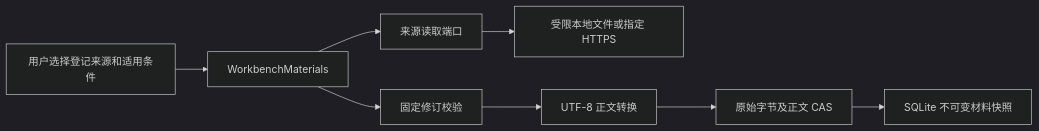
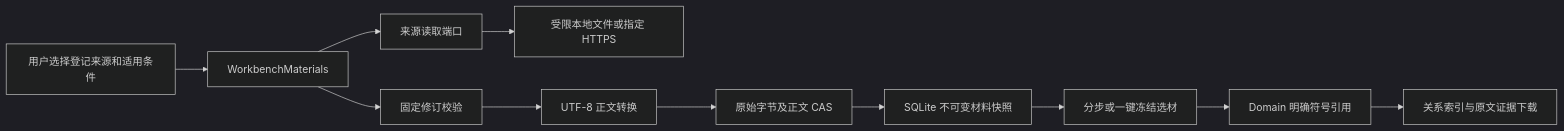
One commit to linlisWorkTeam/domain-knowledge changed the ninth of 9 diagrams in docs/diagrams/Views4Plus1.md. Above: the diagram before and after it, drawn with Mermaid (dark theme). The commit also changed other lines of this file and 26 other files, not shown here.

````diff
--- a/docs/diagrams/Views4Plus1.md
+++ b/docs/diagrams/Views4Plus1.md
@@ -230,10 +230,13 @@
 ```mermaid
 flowchart LR
   UserSource[用户选择登记来源和适用条件] --> MaterialApp[WorkbenchMaterials]
   MaterialApp --> SourceReader[来源读取端口]
   SourceReader --> FixedInput[受限本地文件或指定 HTTPS]
   MaterialApp --> RevisionCheck[固定修订校验]
   RevisionCheck --> TextAdapter[UTF-8 正文转换]
   TextAdapter --> MaterialCAS[原始字节及正文 CAS]
   MaterialCAS --> MaterialRegistry[SQLite 不可变材料快照]
+  MaterialRegistry --> FrozenSelection[分步或一键冻结选材]
+  FrozenSelection --> Association[Domain 明确符号引用]
+  Association --> Evidence[关系索引与原文证据下载]
 ```
````
